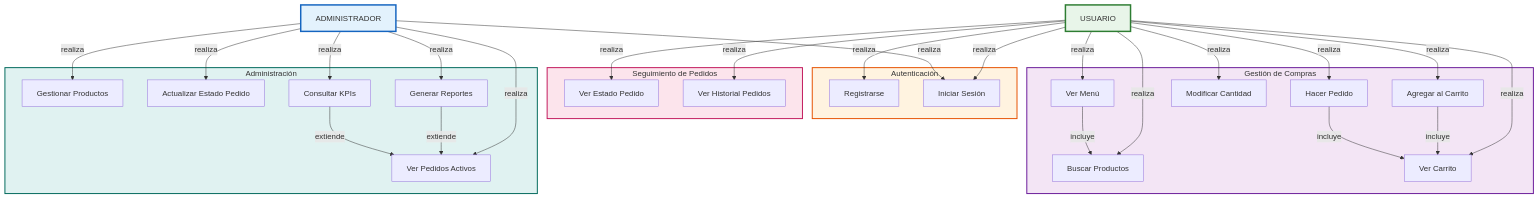
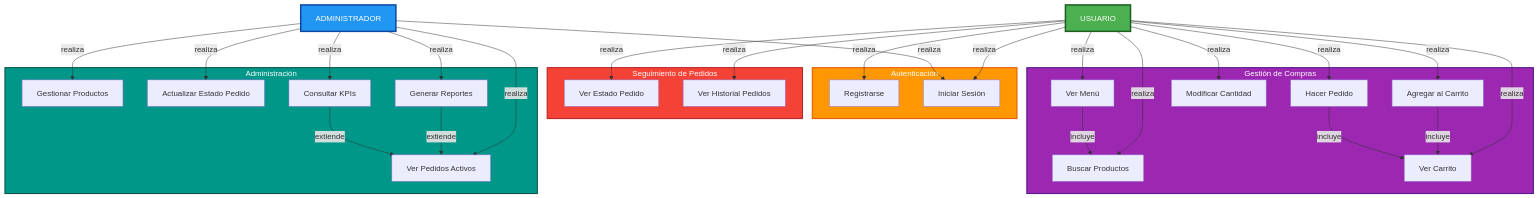
The first of 9 diagrams in DIAGRAMAS_UML.md (keanroti/Cafeteria), drawn with Mermaid before and after one commit. The commit also changed other lines of this file, not shown here.

Commit message:
diagramas

````diff
--- a/DIAGRAMAS_UML.md
+++ b/DIAGRAMAS_UML.md
@@ -12,63 +12,63 @@
 ```mermaid
 graph TB
     U["USUARIO"]
     A["ADMINISTRADOR"]
     
     subgraph Autenticación["Autenticación"]
         UC1["Registrarse"]
         UC2["Iniciar Sesión"]
     end
     
     subgraph Compra["Gestión de Compras"]
         UC3["Ver Menú"]
         UC4["Buscar Productos"]
         UC5["Agregar al Carrito"]
         UC6["Ver Carrito"]
         UC7["Modificar Cantidad"]
         UC8["Hacer Pedido"]
     end
     
     subgraph Seguimiento["Seguimiento de Pedidos"]
         UC9["Ver Estado Pedido"]
         UC10["Ver Historial Pedidos"]
     end
     
     subgraph Admin["Administración"]
         UC11["Gestionar Productos"]
         UC12["Ver Pedidos Activos"]
         UC13["Actualizar Estado Pedido"]
         UC14["Generar Reportes"]
         UC15["Consultar KPIs"]
     end
     
     U -->|realiza| UC1
     U -->|realiza| UC2
     U -->|realiza| UC3
     U -->|realiza| UC4
     U -->|realiza| UC5
     U -->|realiza| UC6
     U -->|realiza| UC7
     U -->|realiza| UC8
     U -->|realiza| UC9
     U -->|realiza| UC10
     
     A -->|realiza| UC2
     A -->|realiza| UC11
     A -->|realiza| UC12
     A -->|realiza| UC13
     A -->|realiza| UC14
     A -->|realiza| UC15
     
     UC3 -->|incluye| UC4
     UC5 -->|incluye| UC6
     UC8 -->|incluye| UC6
     UC14 -->|extiende| UC12
     UC15 -->|extiende| UC12
     
-    style U fill:#e8f5e9,stroke:#2e7d32,stroke-width:3px
-    style A fill:#e3f2fd,stroke:#1565c0,stroke-width:3px
-    style Autenticación fill:#fff3e0,stroke:#e65100,stroke-width:2px
-    style Compra fill:#f3e5f5,stroke:#6a1b9a,stroke-width:2px
-    style Seguimiento fill:#fce4ec,stroke:#c2185b,stroke-width:2px
-    style Admin fill:#e0f2f1,stroke:#00695c,stroke-width:2px
+    style U fill:#4CAF50,stroke:#1B5E20,stroke-width:3px,color:#fff
+    style A fill:#2196F3,stroke:#0D47A1,stroke-width:3px,color:#fff
+    style Autenticación fill:#FF9800,stroke:#E65100,stroke-width:2px,color:#fff
+    style Compra fill:#9C27B0,stroke:#4A148C,stroke-width:2px,color:#fff
+    style Seguimiento fill:#F44336,stroke:#B71C1C,stroke-width:2px,color:#fff
+    style Admin fill:#009688,stroke:#004D40,stroke-width:2px,color:#fff
 ```
````
